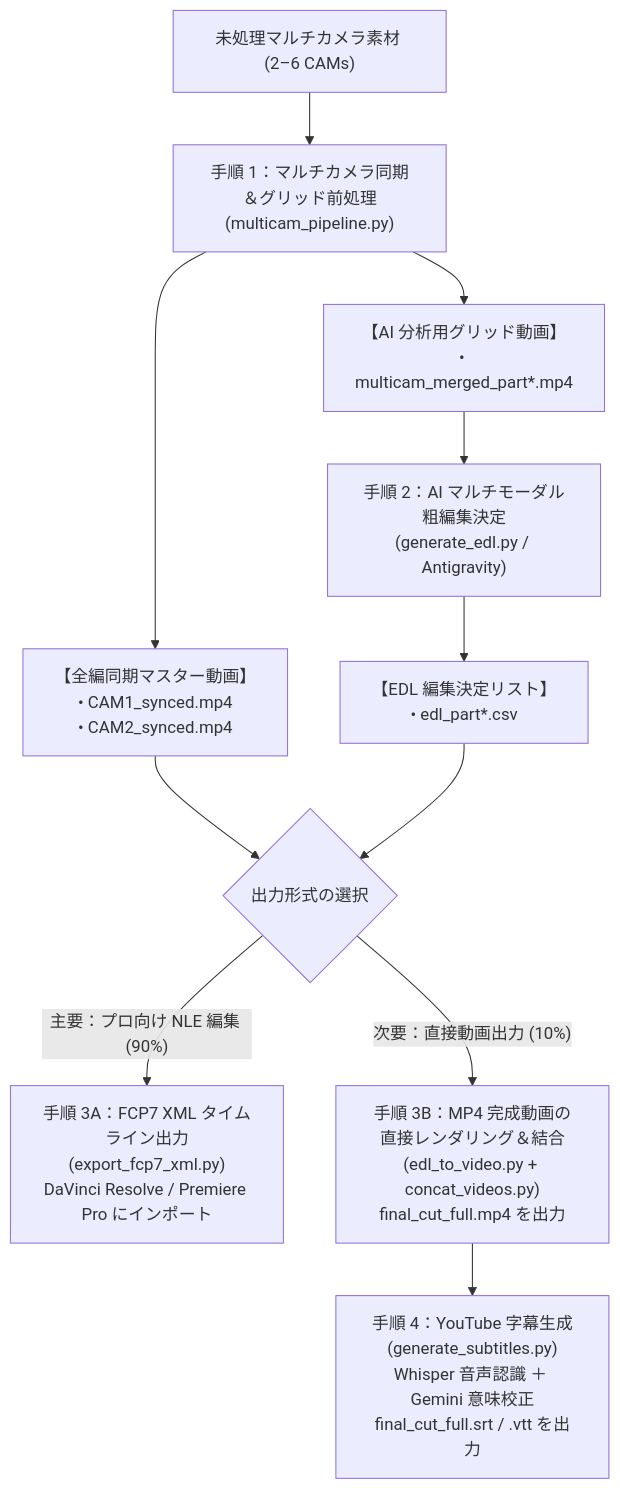
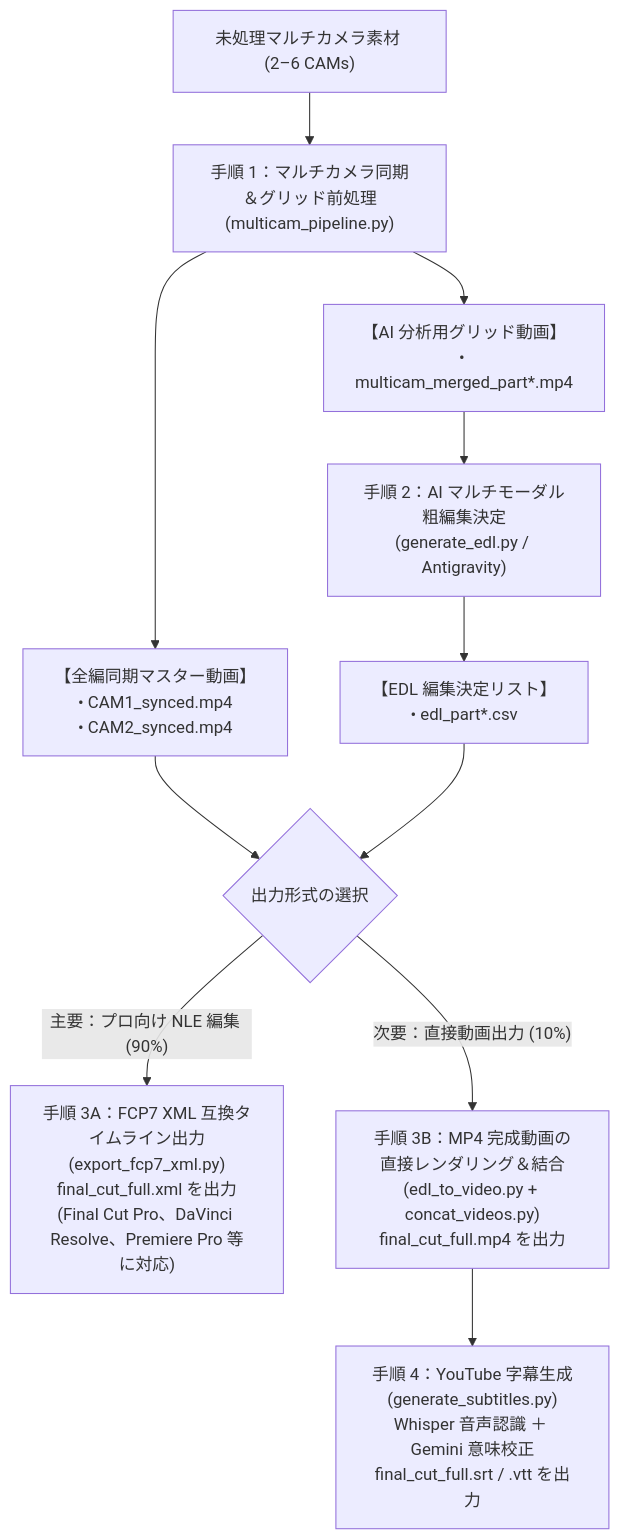
The diagram in README.ja.md (sylphlin/multicam-video-preprocessing), drawn with Mermaid before and after one commit. The commit also changed other lines of this file and 3 other files, not shown here.

Commit message:
docs: clarify FCP7 XML timeline format compatibility (Final Cut Pro, DaVinci Resolve, Premiere Pro) in diagrams and step descriptions

````diff
--- a/README.ja.md
+++ b/README.ja.md
@@ -53,18 +53,18 @@
 ```mermaid
 flowchart TD
     A["未処理マルチカメラ素材 (2–6 CAMs)"] --> B["手順 1：マルチカメラ同期＆グリッド前処理<br/>(multicam_pipeline.py)"]
     
     B --> C["【全編同期マスター動画】<br/>• CAM1_synced.mp4<br/>• CAM2_synced.mp4"]
     B --> D["【AI 分析用グリッド動画】<br/>• multicam_merged_part*.mp4"]
     
     D --> E["手順 2：AI マルチモーダル粗編集決定<br/>(generate_edl.py / Antigravity)"]
     E --> F["【EDL 編集決定リスト】<br/>• edl_part*.csv"]
     
     C --> G{"出力形式の選択"}
     F --> G
     
-    G -->|"主要：プロ向け NLE 編集 (90%)"| H["手順 3A：FCP7 XML タイムライン出力<br/>(export_fcp7_xml.py)<br/>DaVinci Resolve / Premiere Pro にインポート"]
+    G -->|"主要：プロ向け NLE 編集 (90%)"| H["手順 3A：FCP7 XML 互換タイムライン出力<br/>(export_fcp7_xml.py)<br/>final_cut_full.xml を出力<br/>(Final Cut Pro、DaVinci Resolve、Premiere Pro 等に対応)"]
     G -->|"次要：直接動画出力 (10%)"| I["手順 3B：MP4 完成動画の直接レンダリング＆結合<br/>(edl_to_video.py + concat_videos.py)<br/>final_cut_full.mp4 を出力"]
     
     I --> J["手順 4：YouTube 字幕生成<br/>(generate_subtitles.py)<br/>Whisper 音声認識 ＋ Gemini 意味校正<br/>final_cut_full.srt / .vtt を出力"]
 ```
````
